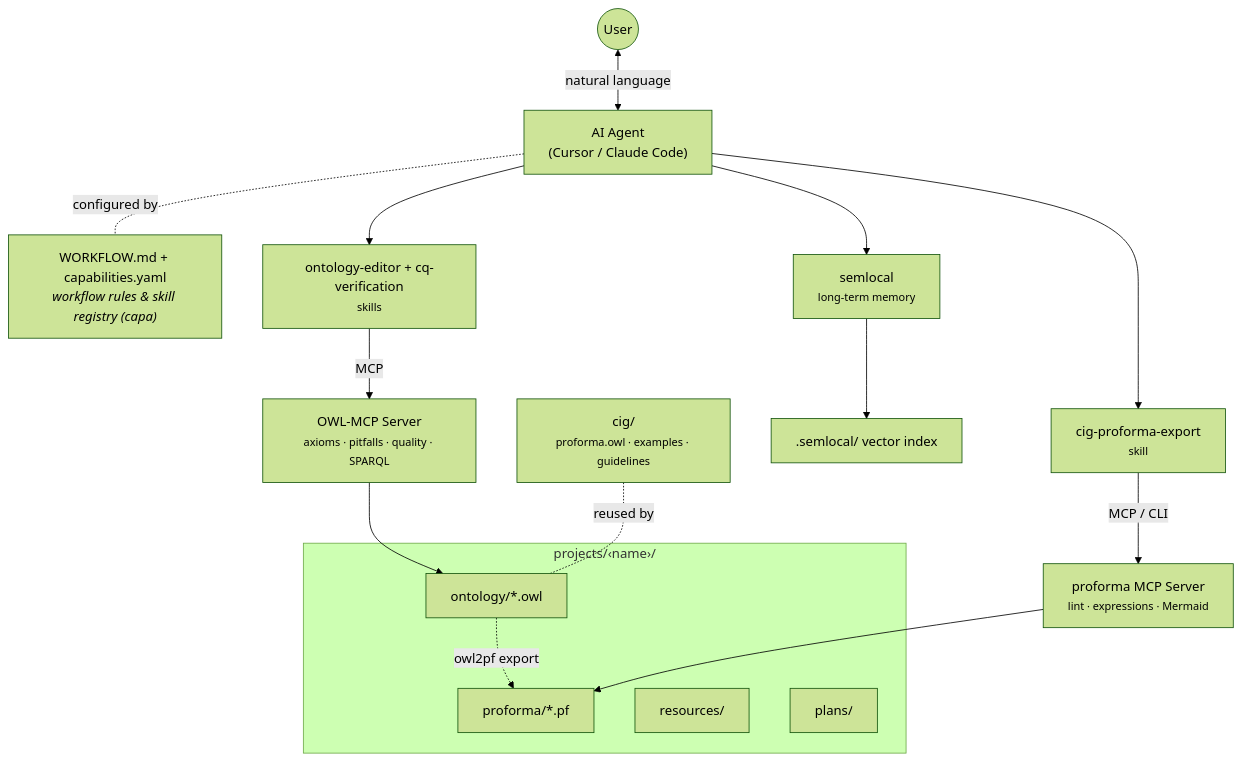
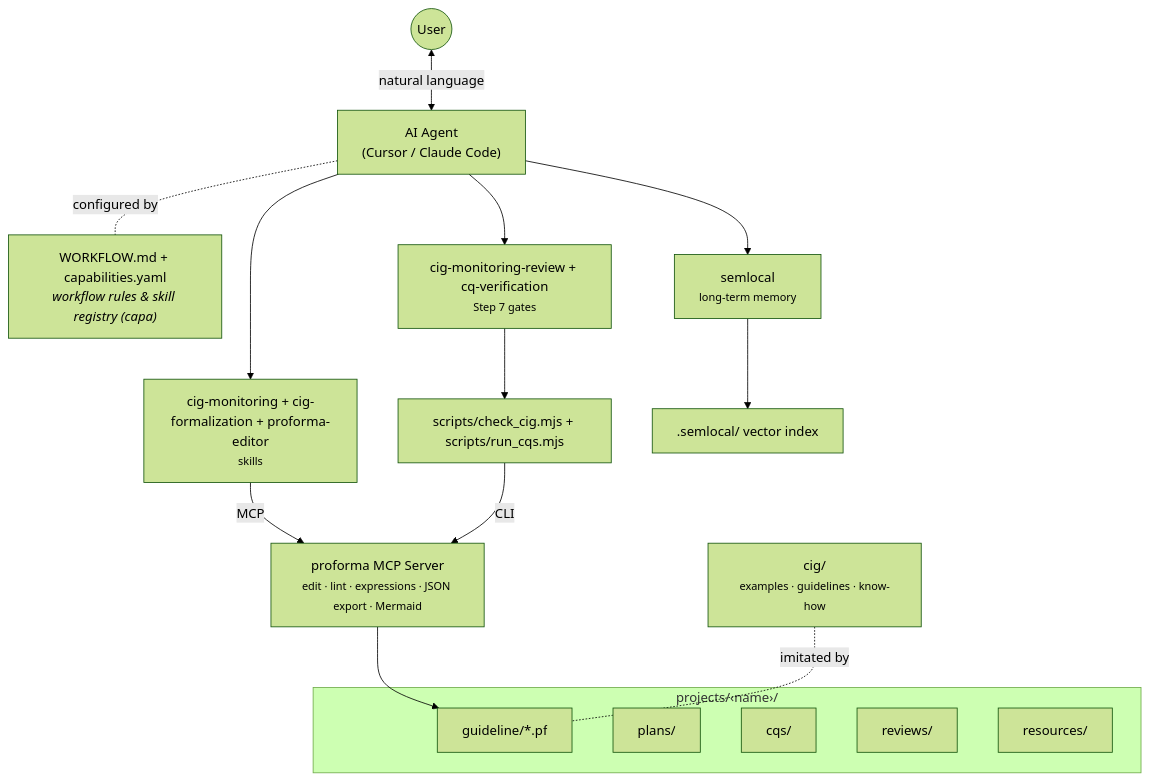
Before and after one commit to MorPeleg/agentic-cig-monitoring-development-kit: the diagram in README.md, drawn with Mermaid (forest theme). The commit also changed other lines of this file and 90 other files, not shown here.

````diff
--- a/README.md
+++ b/README.md
@@ -9,30 +9,29 @@
 ```mermaid
 flowchart TB
     User(("User"))
 
     User <-->|natural language| Agent["AI Agent<br/>(Cursor / Claude Code)"]
 
     Agent -.-|configured by| Config["WORKFLOW.md &plus; capabilities.yaml<br/><i>workflow rules &amp; skill registry (capa)</i>"]
 
-    Agent --> Editing["ontology-editor &plus; cq-verification<br/><small>skills</small>"]
+    Agent --> Skills["cig-monitoring &plus; cig-formalization &plus; proforma-editor<br/><small>skills</small>"]
+    Agent --> Gates["cig-monitoring-review &plus; cq-verification<br/><small>Step 7 gates</small>"]
     Agent --> Memory["semlocal<br/><small>long-term memory</small>"]
-    Agent --> Export["cig-proforma-export<br/><small>skill</small>"]
 
-    Editing -->|MCP| MCP["OWL-MCP Server<br/><small>axioms · pitfalls · quality · SPARQL</small>"]
+    Skills -->|MCP| MCP["proforma MCP Server<br/><small>edit · lint · expressions · JSON export · Mermaid</small>"]
+    Gates --> Scripts["scripts/check_cig.mjs &plus; scripts/run_cqs.mjs"]
+    Scripts -->|CLI| MCP
     Memory --> Idx[".semlocal/ vector index"]
 
-    MCP --> OWL
-
-    Export -->|MCP / CLI| PFMCP["proforma MCP Server<br/><small>lint · expressions · Mermaid</small>"]
-    OWL -.->|owl2pf export| PF
-    PFMCP --> PF
+    MCP --> PF
 
     subgraph Project ["projects/‹name›/"]
-        OWL["ontology/*.owl"]
+        PF["guideline/*.pf"]
+        Plans["plans/"]
+        CQs["cqs/"]
+        Reviews["reviews/"]
         Res["resources/"]
-        Plans["plans/"]
-        PF["proforma/*.pf"]
     end
 
-    CIG["cig/<br/><small>proforma.owl · examples · guidelines</small>"] -.-|reused by| OWL
+    CIG["cig/<br/><small>examples · guidelines · know-how</small>"] -.-|imitated by| PF
 ```
````
